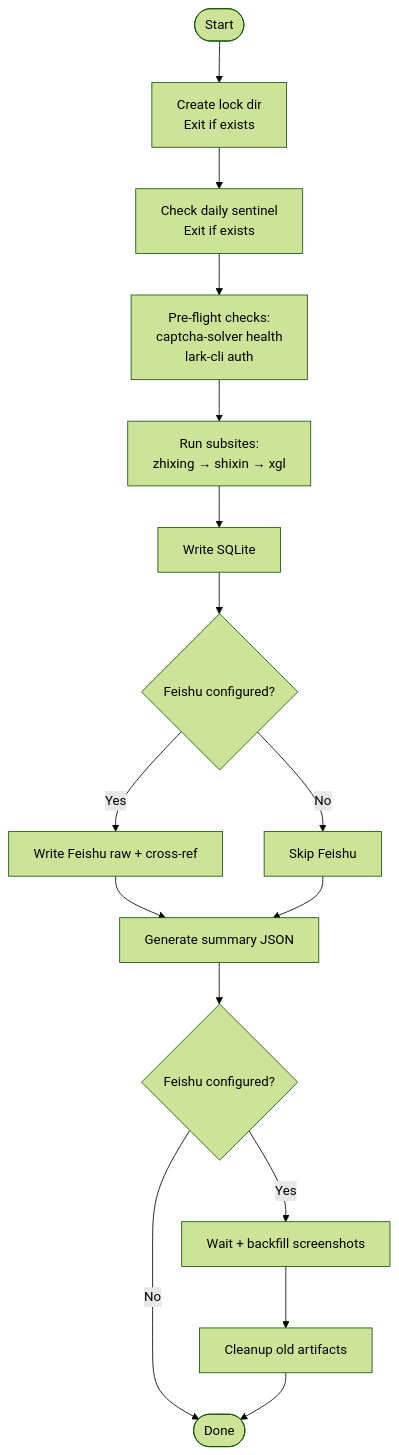
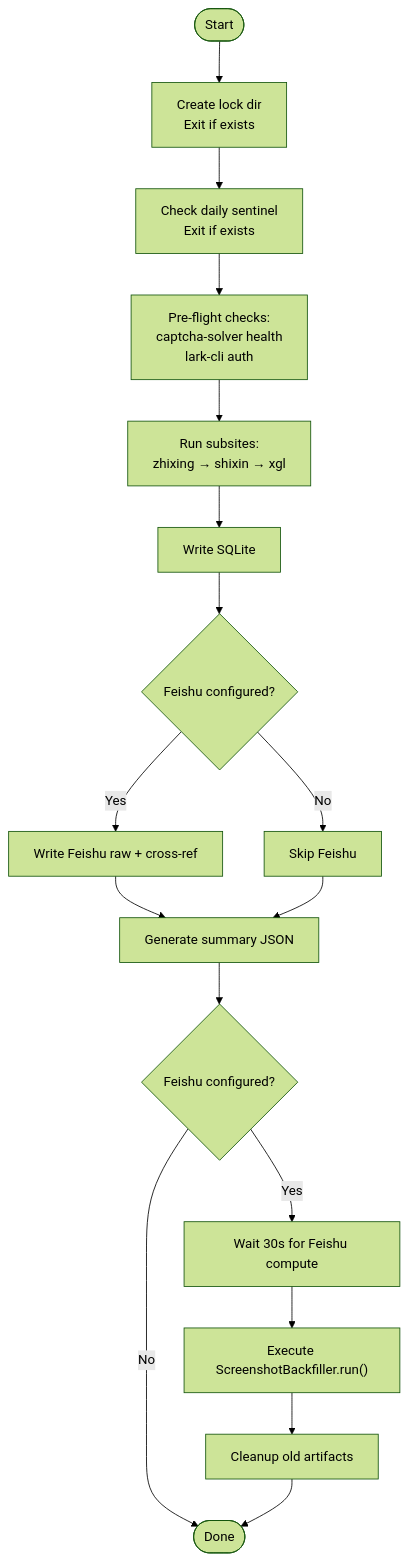
The third of 8 diagrams in .qoder/repowiki/en/content/Daily Workflow Orchestration.md (supotato-ipj/zxgk_auto_query-skill), drawn with Mermaid (forest theme) before and after one commit. The commit also changed other lines of this file and 24 other files, not shown here.

````diff
--- a/.qoder/repowiki/en/content/Daily Workflow Orchestration.md
+++ b/.qoder/repowiki/en/content/Daily Workflow Orchestration.md
@@ -172,18 +211,19 @@
 ```mermaid
 flowchart TD
 Start(["Start"]) --> Lock["Create lock dir<br/>Exit if exists"]
 Lock --> Sentinel["Check daily sentinel<br/>Exit if exists"]
 Sentinel --> Preflight["Pre-flight checks:<br/>captcha-solver health<br/>lark-cli auth"]
 Preflight --> RunSubsites["Run subsites:<br/>zhixing → shixin → xgl"]
 RunSubsites --> SQLiteWrite["Write SQLite"]
 SQLiteWrite --> FeishuCheck{"Feishu configured?"}
 FeishuCheck --> |Yes| FeishuWrite["Write Feishu raw + cross-ref"]
 FeishuCheck --> |No| SkipFeishu["Skip Feishu"]
 FeishuWrite --> Summary["Generate summary JSON"]
 SkipFeishu --> Summary
 Summary --> BackfillCheck{"Feishu configured?"}
-BackfillCheck --> |Yes| Backfill["Wait + backfill screenshots"]
+BackfillCheck --> |Yes| WaitCompute["Wait 30s for Feishu compute"]
 BackfillCheck --> |No| Done
+WaitCompute --> Backfill["Execute ScreenshotBackfiller.run()"]
 Backfill --> Cleanup["Cleanup old artifacts"]
 Cleanup --> Done(["Done"])
 ```
````
